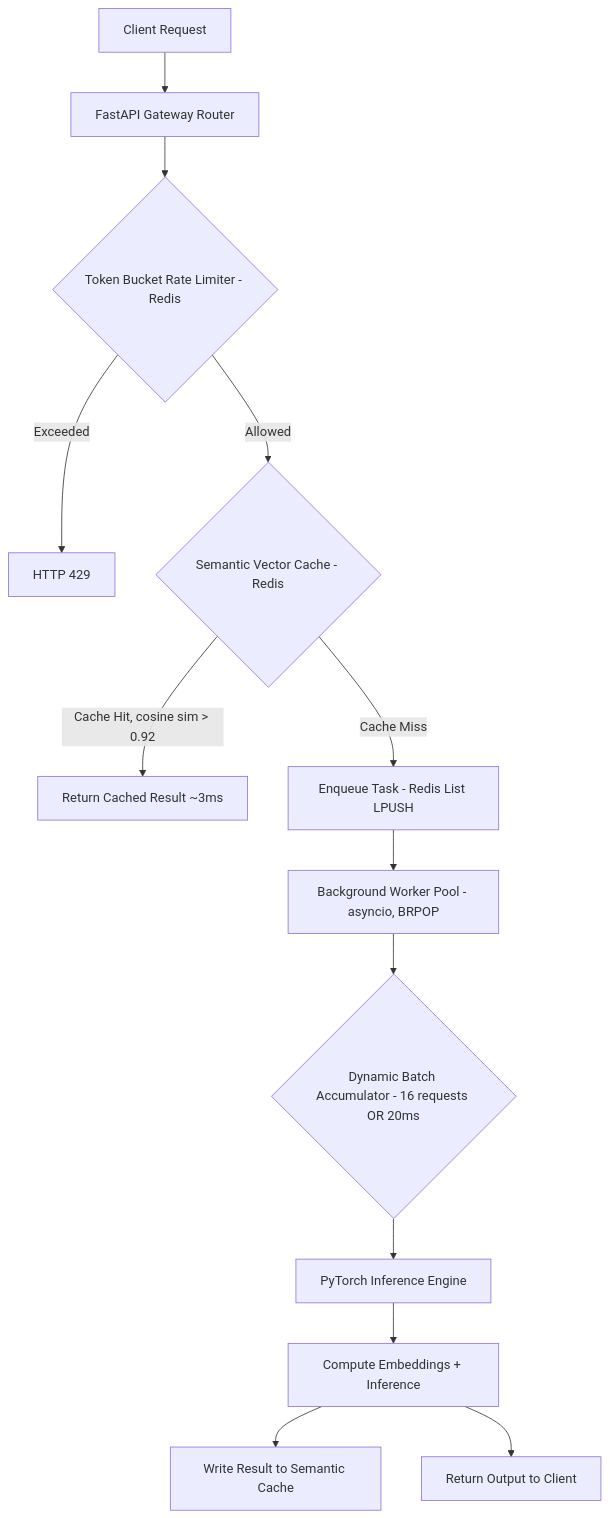
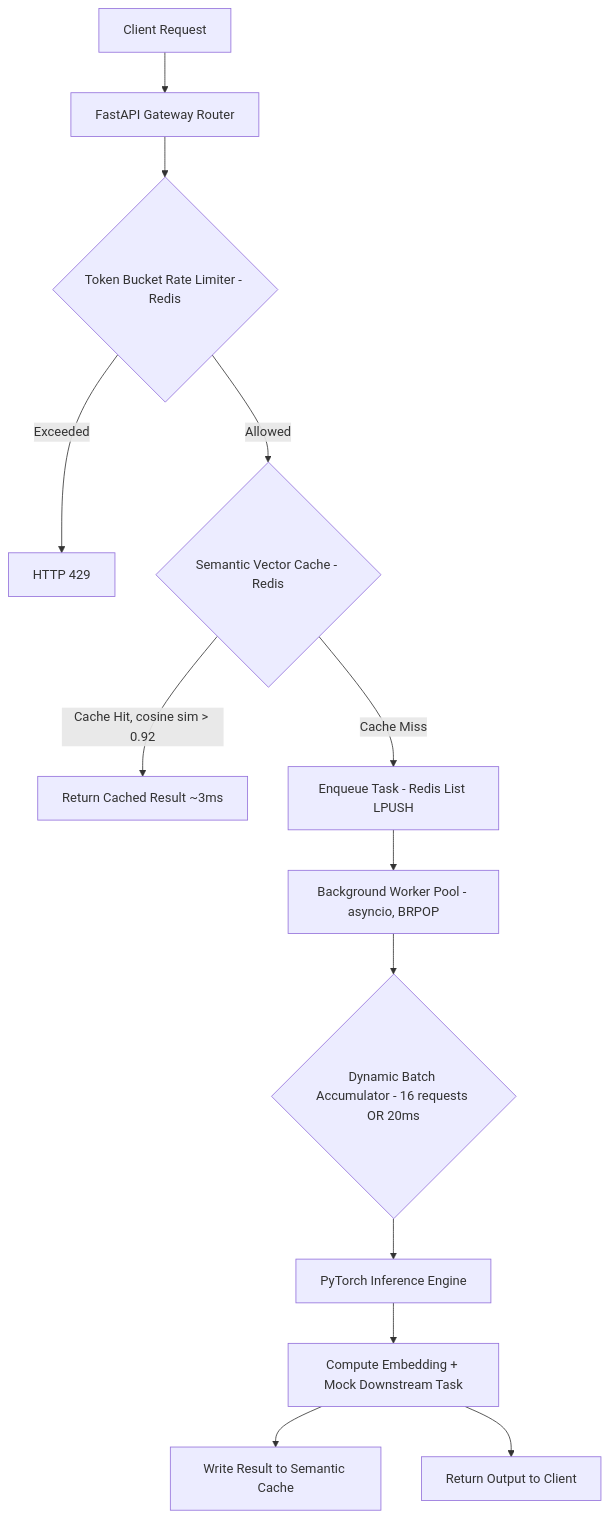
One commit to ak5hay19/semantic-queue changed the diagram in README.md. Above: the diagram before and after it, drawn with Mermaid. The commit also changed other lines of this file, not shown here.

````diff
--- a/README.md
+++ b/README.md
@@ -23,15 +25,15 @@
 ```mermaid
 flowchart TD
     A[Client Request] --> B[FastAPI Gateway Router]
     B --> C{Token Bucket Rate Limiter - Redis}
     C -->|Exceeded| D[HTTP 429]
     C -->|Allowed| E{Semantic Vector Cache - Redis}
     E -->|Cache Hit, cosine sim > 0.92| F[Return Cached Result ~3ms]
     E -->|Cache Miss| G[Enqueue Task - Redis List LPUSH]
     G --> H[Background Worker Pool - asyncio, BRPOP]
     H --> I{Dynamic Batch Accumulator - 16 requests OR 20ms}
     I --> J[PyTorch Inference Engine]
-    J --> K[Compute Embeddings + Inference]
+    J --> K[Compute Embedding + Mock Downstream Task]
     K --> L[Write Result to Semantic Cache]
     K --> M[Return Output to Client]
 ```
````
